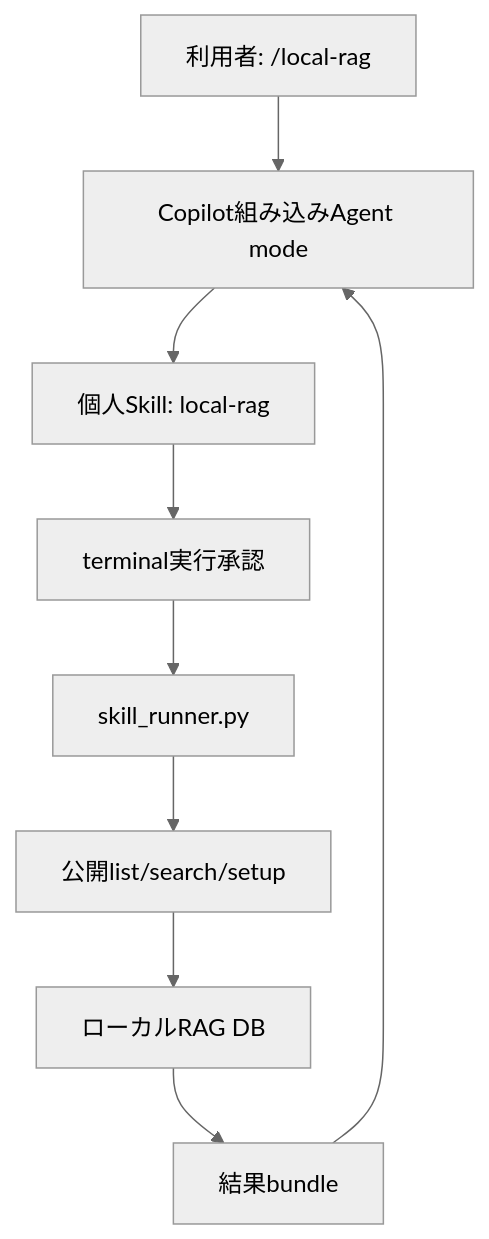
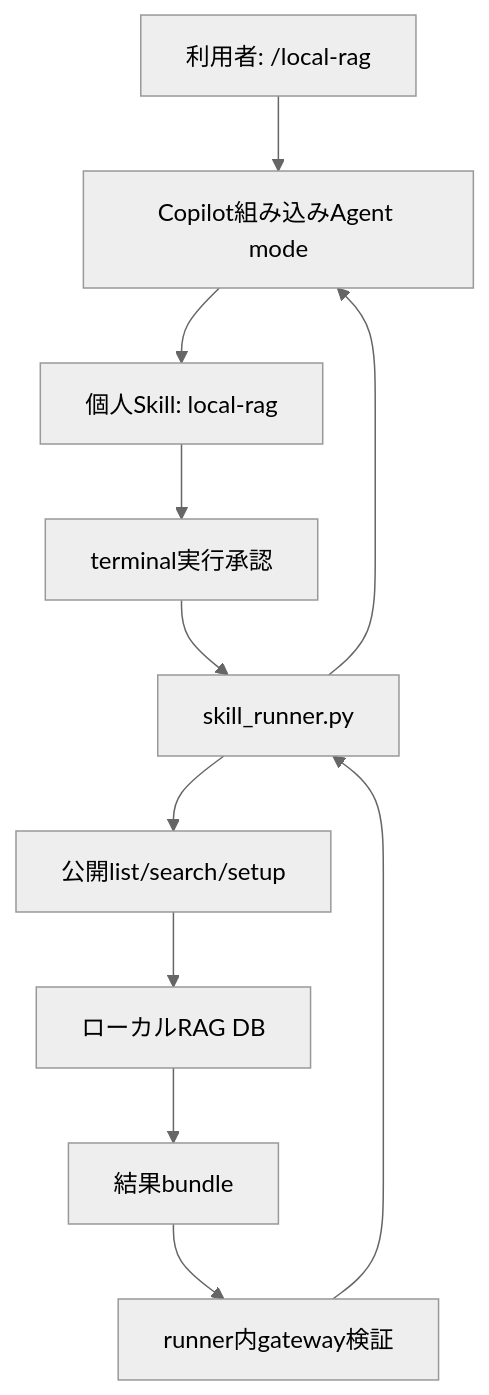
The diagram in .copilot/rag/docs/local-rag-slash-skill-design-ja.md (harilos/github-copilot-local-rag), drawn with Mermaid (neutral theme) before and after one commit. The commit also changed other lines of this file, not shown here.

````diff
--- a/.copilot/rag/docs/local-rag-slash-skill-design-ja.md
+++ b/.copilot/rag/docs/local-rag-slash-skill-design-ja.md
@@ -47,11 +50,13 @@
 ```mermaid
 flowchart TD
     U["利用者: /local-rag"] --> H["Copilot組み込みAgent mode"]
     H --> S["個人Skill: local-rag"]
     S --> A["terminal実行承認"]
     A --> R["skill_runner.py"]
     R --> P["公開list/search/setup"]
     P --> D["ローカルRAG DB"]
     D --> B["結果bundle"]
-    B --> H
+    B --> G["runner内gateway検証"]
+    G --> R
+    R --> H
 ```
````
